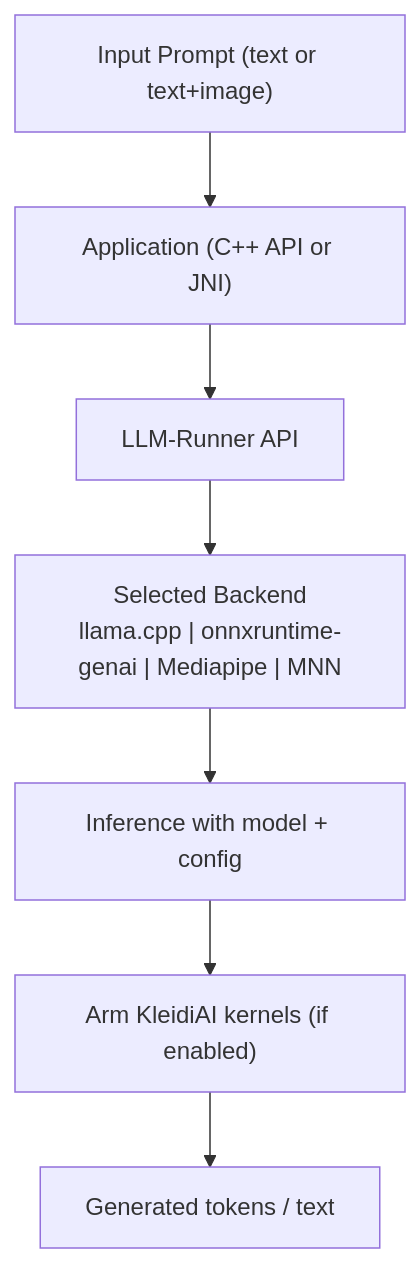
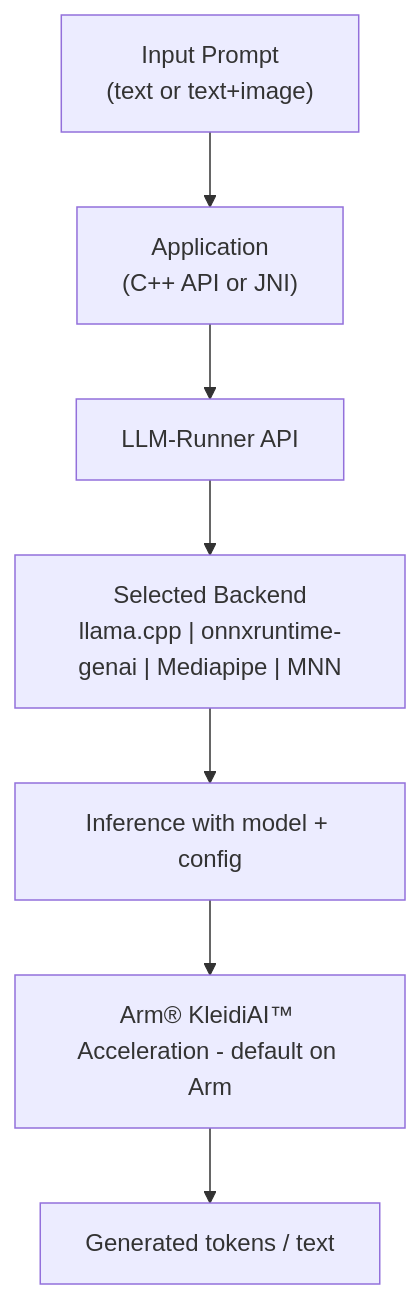
One commit to NinaARM/LLM-Runner changed the diagram in docs/architecture.md. Above: the diagram before and after it, drawn with Mermaid.

Commit message:
more updates

````diff
--- a/docs/architecture.md
+++ b/docs/architecture.md
@@ -17,16 +17,18 @@
 ```mermaid
 graph TD
-    Prompt["Input Prompt (text or text+image)"]
-    --> App["Application (C++ API or JNI)"]
+    Prompt["Input Prompt<br/>(text or text+image)"]
+    App["Application<br/>(C++ API or JNI)"]
+    LLMRunner["LLM-Runner API"]
+    Backend["Selected Backend<br/>llama.cpp | onnxruntime-genai | Mediapipe | MNN"]
+    Inference["Inference with model + config"]
+    KleidiAI["Arm® KleidiAI™ Acceleration - default on Arm"]
+    Output["Generated tokens / text"]
 
-    App --> LLMRunner["LLM-Runner API"]
-
-    LLMRunner --> Backend["Selected Backend<br/>llama.cpp | onnxruntime-genai | Mediapipe | MNN"]
-
-    Backend --> Inference["Inference with model + config"]
-
-    Inference --> KleidiAI["Arm KleidiAI kernels (if enabled)"]
-
-    KleidiAI --> Output["Generated tokens / text"]
+    Prompt --> App
+    App --> LLMRunner
+    LLMRunner --> Backend
+    Backend --> Inference
+    Inference --> KleidiAI
+    KleidiAI --> Output
 
 ```
````
